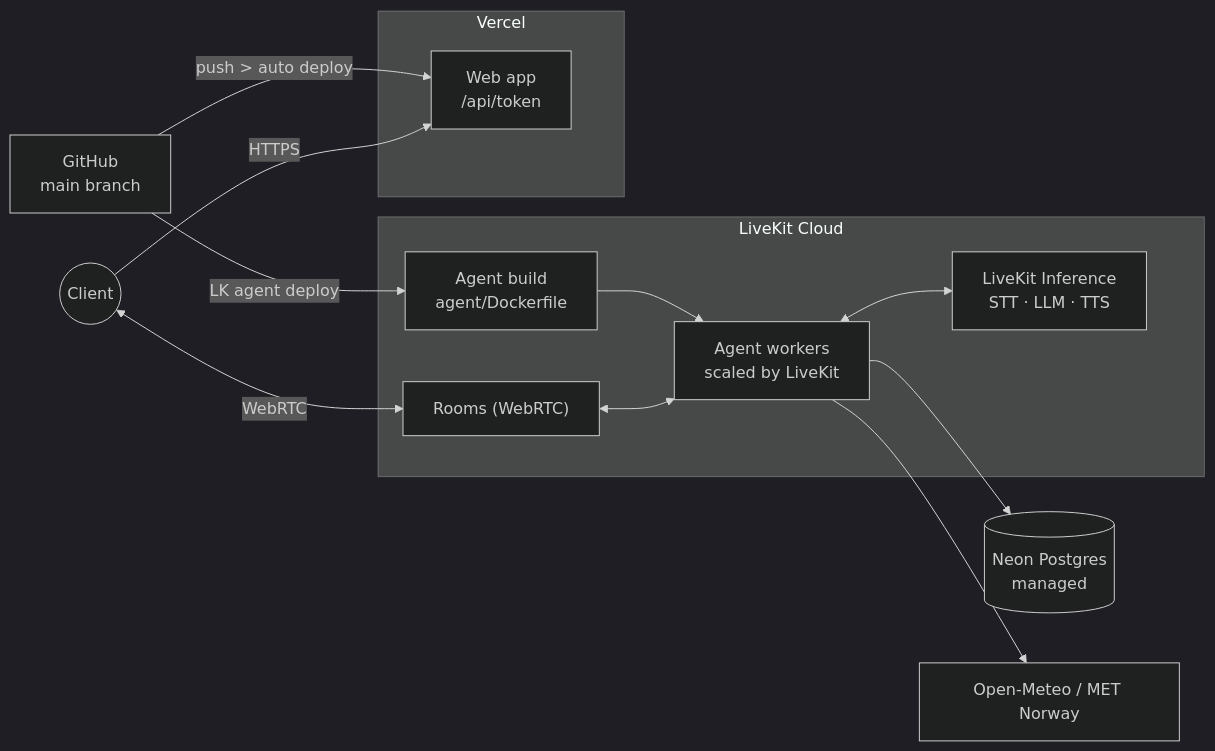
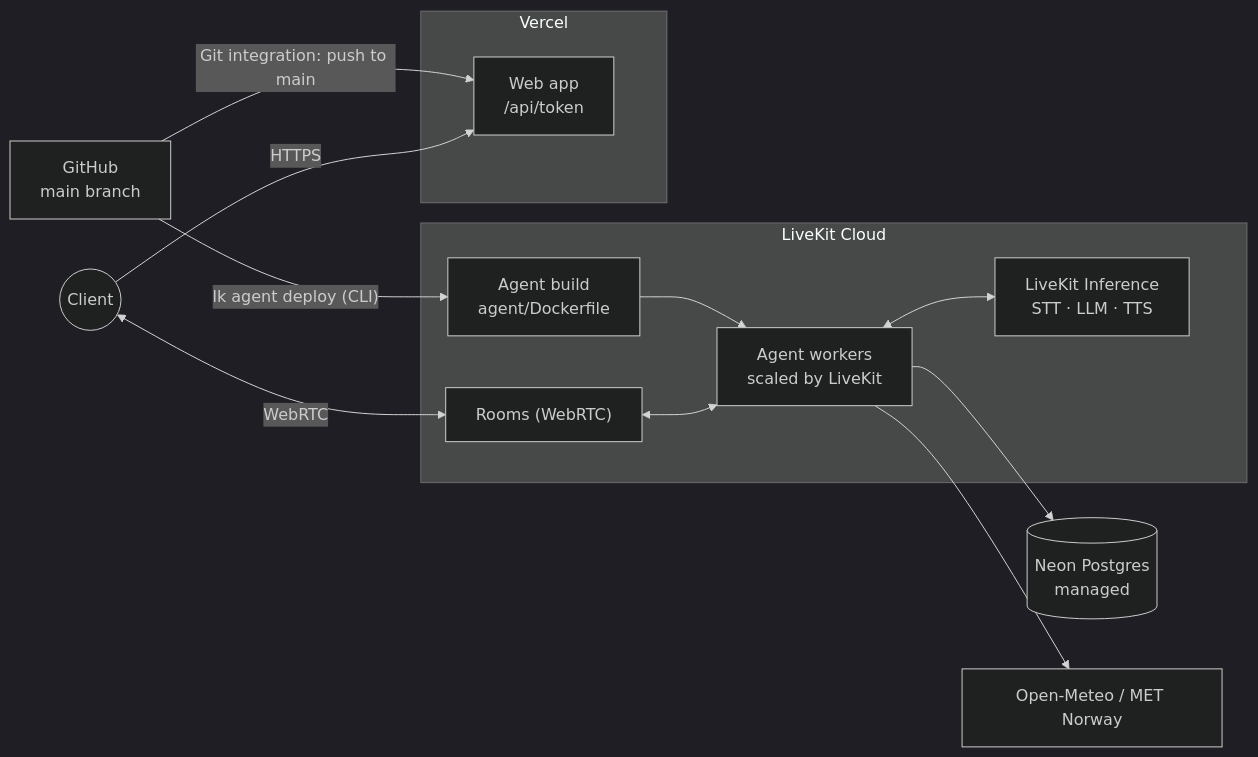
Before and after one commit to sarahdoi/ai-voice-assistant: the first of 3 diagrams in README.md, drawn with Mermaid (dark theme). The commit also changed other lines of this file and 1 other file, not shown here.

Commit message:
docs: deployment runbook; name the deployment diagram

````diff
--- a/README.md
+++ b/README.md
@@ -6,29 +8,29 @@
 ```mermaid
 flowchart LR
     GH["GitHub<br/>main branch"]
     Client(("Client"))
 
     subgraph LKC["LiveKit Cloud"]
         Build["Agent build<br/>agent/Dockerfile"]
         Rooms["Rooms (WebRTC)"]
         Workers["Agent workers<br/>scaled by LiveKit"]
         Inference["LiveKit Inference<br/>STT · LLM · TTS"]
     end
 
     subgraph Vercel
         Web["Web app<br/>/api/token"]
     end
 
     Neon[("Neon Postgres<br/>managed")]
     Weather["Open-Meteo / MET Norway"]
 
-    GH -- "LK agent deploy" --> Build
-    GH -- "push > auto deploy" --> Web
+    GH -- "lk agent deploy (CLI)" --> Build
+    GH -- "Git integration: push to main" --> Web
     Client <-- "WebRTC" --> Rooms
     Client -- "HTTPS" --> Web
     Build --> Workers
     Rooms <--> Workers
     Workers <--> Inference
     Workers --> Neon
     Workers --> Weather
 ```
````
